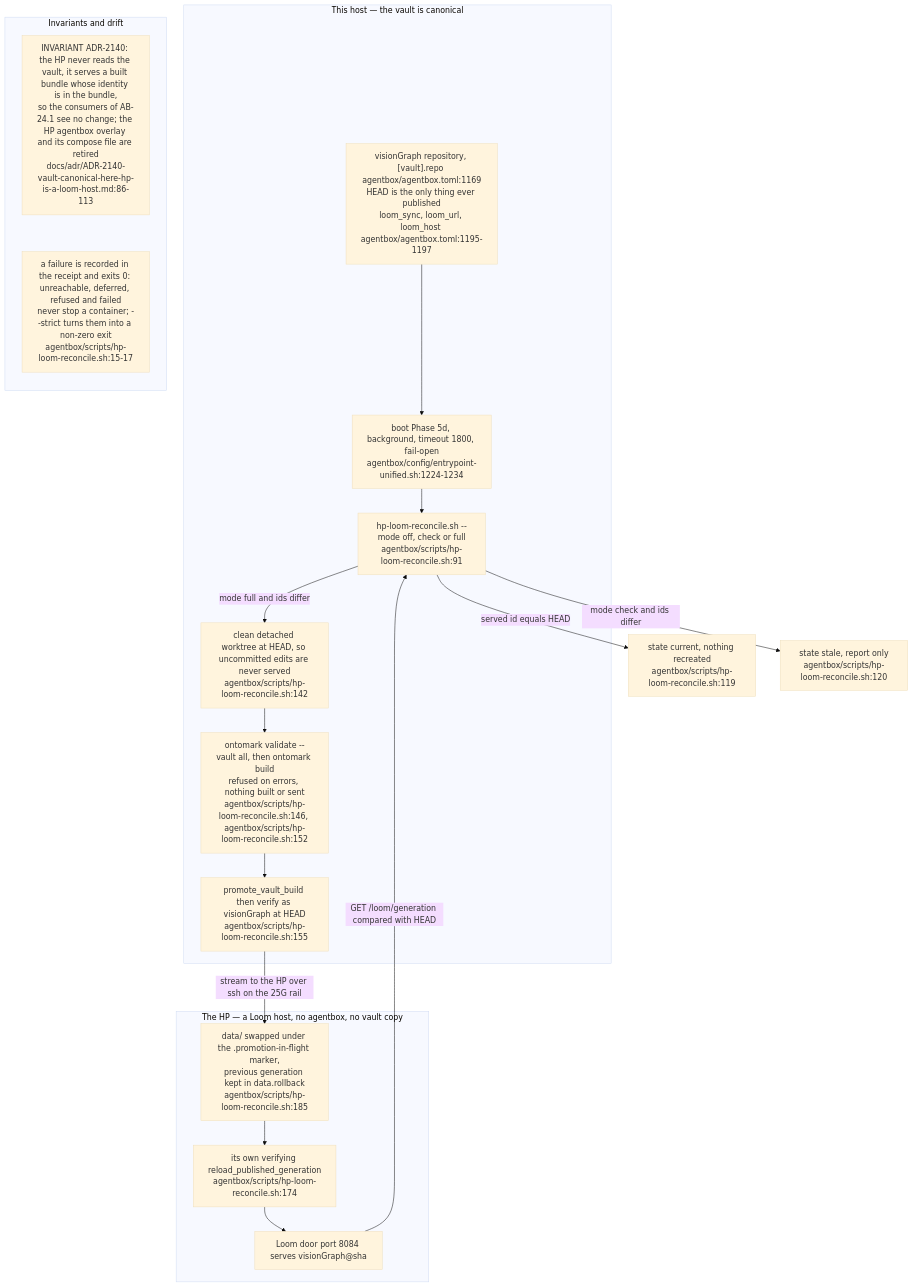
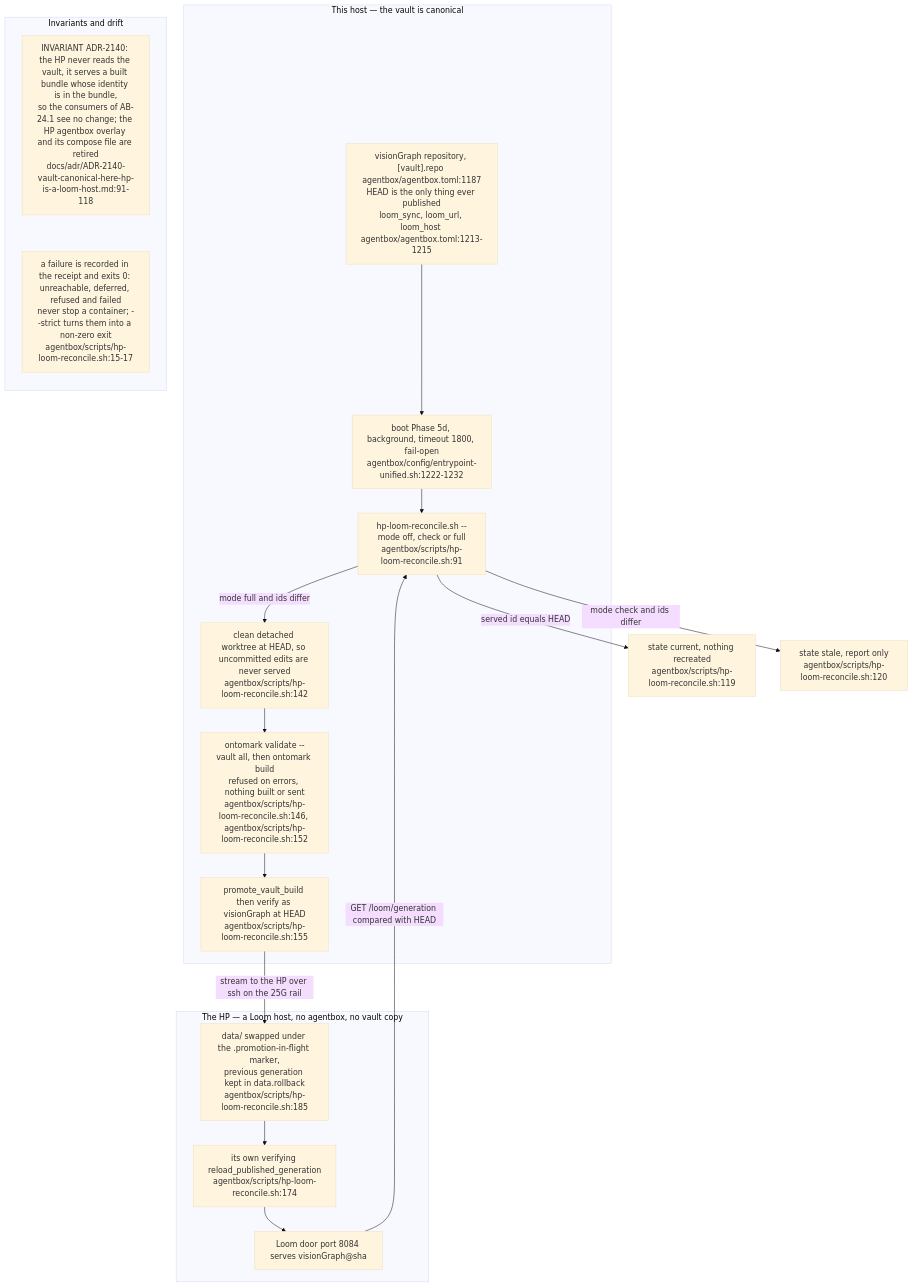
Diagram 14 of 14 in docs/diagrams/agentbox/24-loom-facade.md (DreamLab-AI/VisionFlow), drawn with Mermaid (base theme) before and after one commit. The commit also changed other lines of this file and 12 other files, not shown here.

````diff
--- a/docs/diagrams/agentbox/24-loom-facade.md
+++ b/docs/diagrams/agentbox/24-loom-facade.md
@@ -527,28 +527,28 @@
 ```mermaid
 flowchart TB
     subgraph here["This host — the vault is canonical"]
-        VAULT["visionGraph repository, [vault].repo agentbox/agentbox.toml:1169<br/>HEAD is the only thing ever published<br/>loom_sync, loom_url, loom_host agentbox/agentbox.toml:1195-1197"]
-        BOOT["boot Phase 5d, background, timeout 1800, fail-open<br/>agentbox/config/entrypoint-unified.sh:1224-1234"]
+        VAULT["visionGraph repository, [vault].repo agentbox/agentbox.toml:1187<br/>HEAD is the only thing ever published<br/>loom_sync, loom_url, loom_host agentbox/agentbox.toml:1213-1215"]
+        BOOT["boot Phase 5d, background, timeout 1800, fail-open<br/>agentbox/config/entrypoint-unified.sh:1222-1232"]
         REC["hp-loom-reconcile.sh --mode off, check or full<br/>agentbox/scripts/hp-loom-reconcile.sh:91"]
         WT["clean detached worktree at HEAD, so uncommitted edits are never served<br/>agentbox/scripts/hp-loom-reconcile.sh:142"]
         VAL["ontomark validate --vault all, then ontomark build<br/>refused on errors, nothing built or sent<br/>agentbox/scripts/hp-loom-reconcile.sh:146, agentbox/scripts/hp-loom-reconcile.sh:152"]
         PRO["promote_vault_build then verify as visionGraph at HEAD<br/>agentbox/scripts/hp-loom-reconcile.sh:155"]
     end
     subgraph hp["The HP — a Loom host, no agentbox, no vault copy"]
         DATA["data/ swapped under the .promotion-in-flight marker,<br/>previous generation kept in data.rollback<br/>agentbox/scripts/hp-loom-reconcile.sh:185"]
         RELOAD["its own verifying reload_published_generation<br/>agentbox/scripts/hp-loom-reconcile.sh:174"]
         DOOR["Loom door port 8084 serves visionGraph@sha"]
     end
     VAULT --> BOOT --> REC
     REC -->|"served id equals HEAD"| CUR["state current, nothing recreated<br/>agentbox/scripts/hp-loom-reconcile.sh:119"]
     REC -->|"mode check and ids differ"| STALE["state stale, report only<br/>agentbox/scripts/hp-loom-reconcile.sh:120"]
     REC -->|"mode full and ids differ"| WT --> VAL --> PRO
     PRO -->|"stream to the HP over ssh on the 25G rail"| DATA --> RELOAD --> DOOR
     DOOR -->|"GET /loom/generation compared with HEAD"| REC
     subgraph notes["Invariants and drift"]
         direction TB
-        N1["INVARIANT ADR-2140: the HP never reads the vault, it serves a built bundle whose identity is in the bundle,<br/>so the consumers of AB-24.1 see no change; the HP agentbox overlay and its compose file are retired<br/>docs/adr/ADR-2140-vault-canonical-here-hp-is-a-loom-host.md:86-113"]
+        N1["INVARIANT ADR-2140: the HP never reads the vault, it serves a built bundle whose identity is in the bundle,<br/>so the consumers of AB-24.1 see no change; the HP agentbox overlay and its compose file are retired<br/>docs/adr/ADR-2140-vault-canonical-here-hp-is-a-loom-host.md:91-118"]
         N2["a failure is recorded in the receipt and exits 0: unreachable, deferred, refused and failed<br/>never stop a container; --strict turns them into a non-zero exit<br/>agentbox/scripts/hp-loom-reconcile.sh:15-17"]
         N1 ~~~ N2
     end
 ```
````
